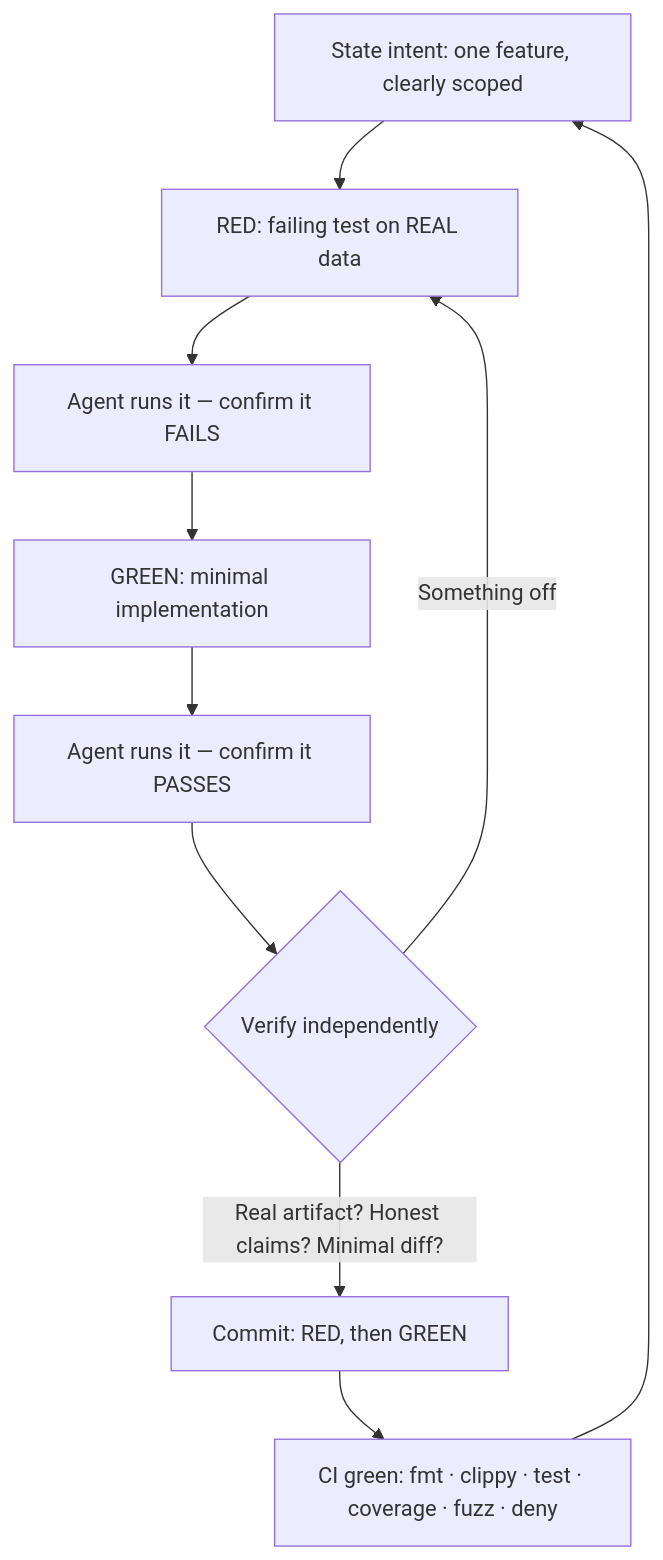
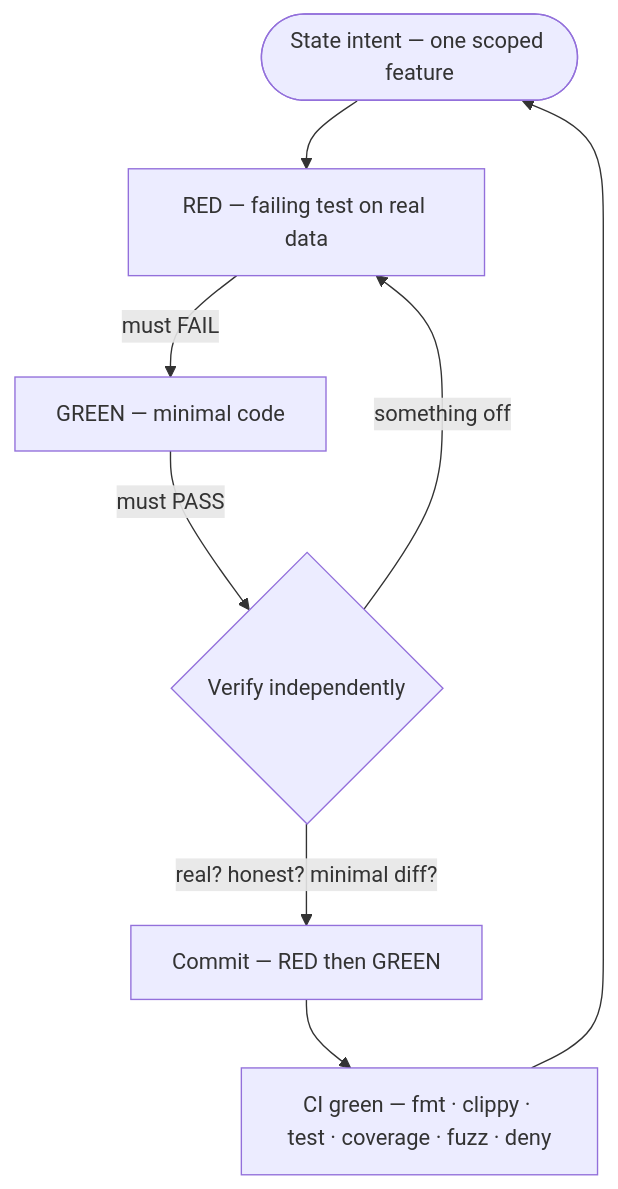
One commit to SecurityRonin/dar-forensic changed the diagram in docs/images/core-loop.mmd. Above: the diagram before and after it, drawn with Mermaid. The commit also changed 1 other file, not shown here.

Commit message:
docs: tighter core-loop diagram (compact, smaller, balanced)
Redraw the loop as 6 nodes with must-FAIL/must-PASS as edge labels (was a tall
9-node chain); smaller font, scale 2. 730x1334 instead of 1437x3492 — readable
without dominating the page.

```diff
--- a/docs/images/core-loop.mmd
+++ b/docs/images/core-loop.mmd
@@ -1,10 +1,8 @@
 flowchart TD
-    A[State intent: one feature, clearly scoped] --> B[RED: failing test on REAL data]
-    B --> C[Agent runs it — confirm it FAILS]
-    C --> D[GREEN: minimal implementation]
-    D --> E[Agent runs it — confirm it PASSES]
-    E --> F{Verify independently}
-    F -->|Real artifact? Honest claims? Minimal diff?| G[Commit: RED, then GREEN]
-    F -->|Something off| B
-    G --> H[CI green: fmt · clippy · test · coverage · fuzz · deny]
-    H --> A
+    A([State intent — one scoped feature]) --> B[RED — failing test on real data]
+    B -->|must FAIL| C[GREEN — minimal code]
+    C -->|must PASS| D{Verify independently}
+    D -->|something off| B
+    D -->|real? honest? minimal diff?| E[Commit — RED then GREEN]
+    E --> F[CI green — fmt · clippy · test · coverage · fuzz · deny]
+    F --> A
```
